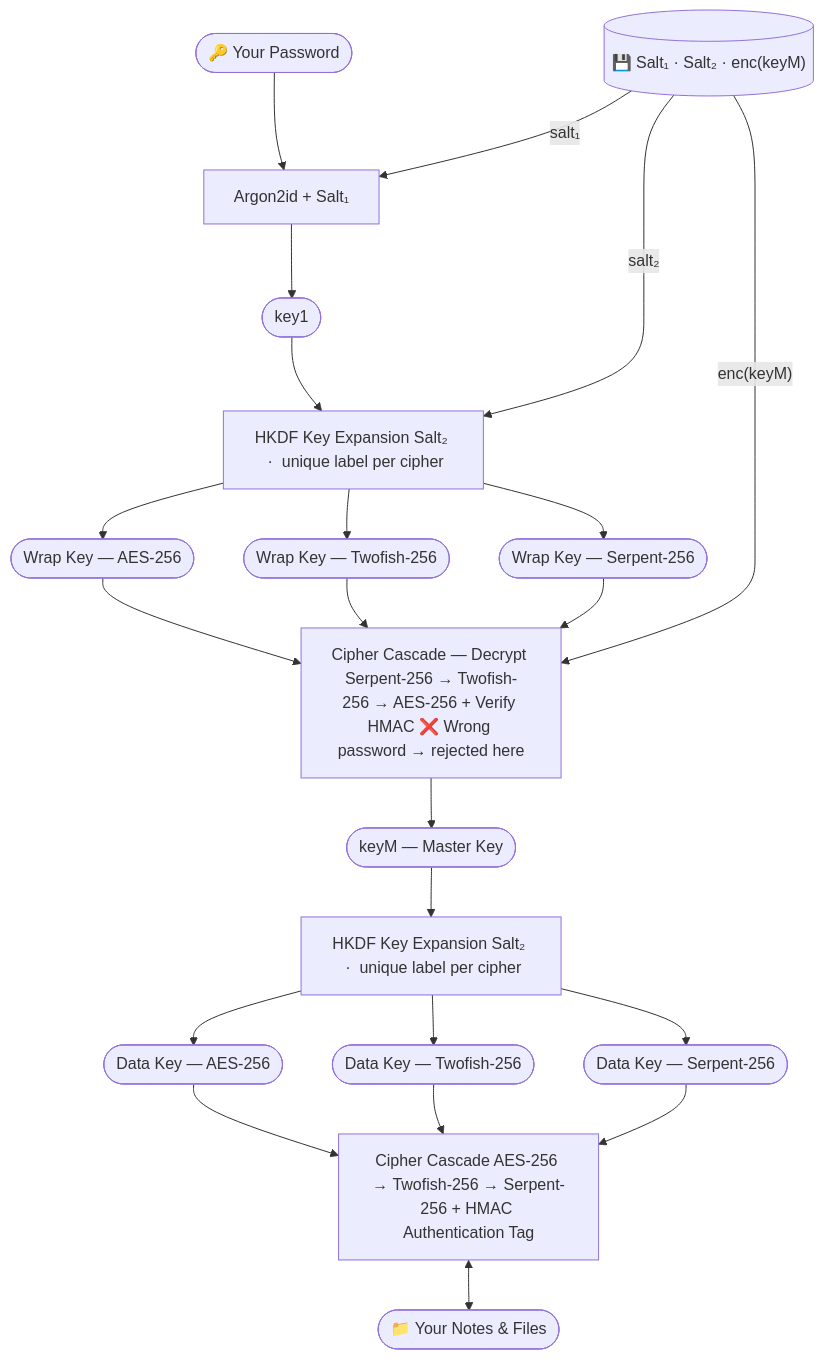
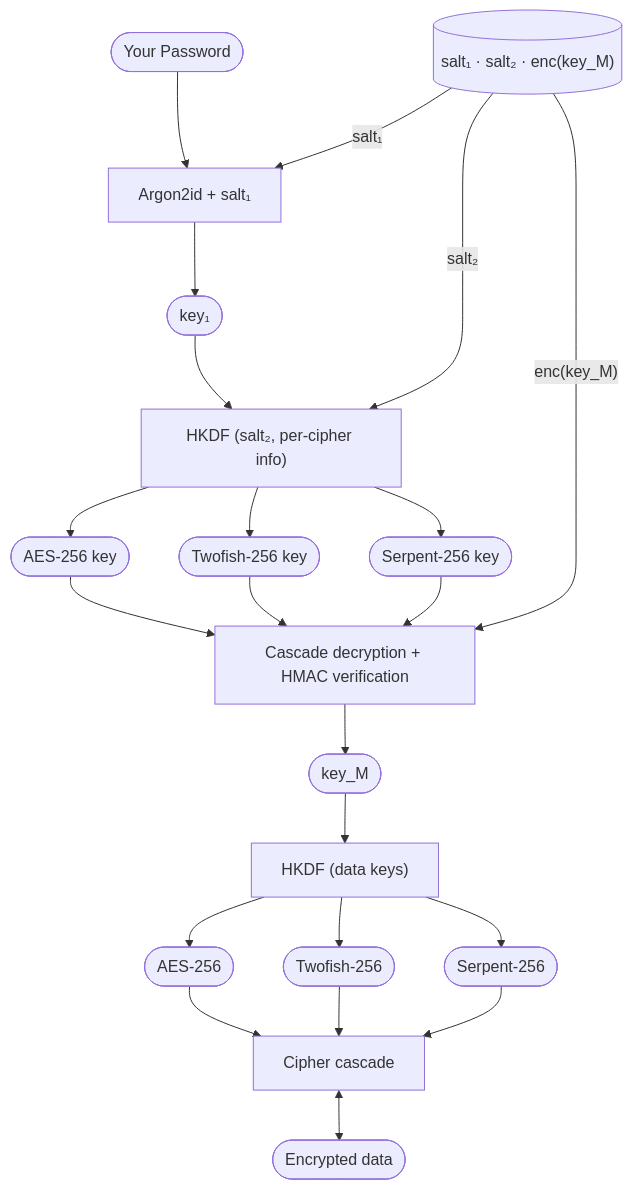
Before and after one commit to DeepinkApp/deepink: the second of 2 diagrams in packages/site/src/content/docs/introduction/encryption.md, drawn with Mermaid. The commit also changed other lines of this file, not shown here.

````diff
--- a/packages/site/src/content/docs/introduction/encryption.md
+++ b/packages/site/src/content/docs/introduction/encryption.md
@@ -50,33 +126,33 @@
 ```mermaid
 flowchart TD
-    PW(["🔑 Your Password"]) --> ARGON["Argon2id  +  Salt₁"]
+    PW(["Your Password"]) --> ARGON["Argon2id + salt₁"]
 
-    DISK[("💾 Salt₁ · Salt₂ · enc(keyM)")] -->|"salt₁"| ARGON
-    ARGON --> KEY1(["key1"])
+    DISK[("salt₁ · salt₂ · enc(key_M)")] -->|"salt₁"| ARGON
+    ARGON --> KEY1(["key₁"])
 
-    KEY1 --> HKDF_W["HKDF Key Expansion Salt₂  ·  unique label per cipher"]
+    KEY1 --> HKDF_W["HKDF (salt₂, per-cipher info)"]
     DISK -->|"salt₂"| HKDF_W
 
-    HKDF_W --> WK1(["Wrap Key — AES-256"])
-    HKDF_W --> WK2(["Wrap Key — Twofish-256"])
-    HKDF_W --> WK3(["Wrap Key — Serpent-256"])
+    HKDF_W --> WK1(["AES-256 key"])
+    HKDF_W --> WK2(["Twofish-256 key"])
+    HKDF_W --> WK3(["Serpent-256 key"])
 
-    DISK -->|"enc(keyM)"| CASDEC["Cipher Cascade — Decrypt Serpent-256 → Twofish-256 → AES-256 + Verify HMAC ❌ Wrong password → rejected here"]
+    DISK -->|"enc(key_M)"| CASDEC["Cascade decryption + HMAC verification"]
     WK1 --> CASDEC
     WK2 --> CASDEC
     WK3 --> CASDEC
 
-    CASDEC --> KEYM(["keyM — Master Key"])
+    CASDEC --> KEYM(["key_M"])
 
-    KEYM --> HKDF_D["HKDF Key Expansion Salt₂  ·  unique label per cipher"]
+    KEYM --> HKDF_D["HKDF (data keys)"]
 
-    HKDF_D --> DK1(["Data Key — AES-256"])
-    HKDF_D --> DK2(["Data Key — Twofish-256"])
-    HKDF_D --> DK3(["Data Key — Serpent-256"])
+    HKDF_D --> DK1(["AES-256"])
+    HKDF_D --> DK2(["Twofish-256"])
+    HKDF_D --> DK3(["Serpent-256"])
 
-    DK1 --> DATACAS["Cipher Cascade AES-256 → Twofish-256 → Serpent-256 + HMAC Authentication Tag"]
+    DK1 --> DATACAS["Cipher cascade"]
     DK2 --> DATACAS
     DK3 --> DATACAS
 
-    DATACAS <--> FILES(["📁 Your Notes & Files"])
+    DATACAS <--> FILES(["Encrypted data"])
 ```
````
